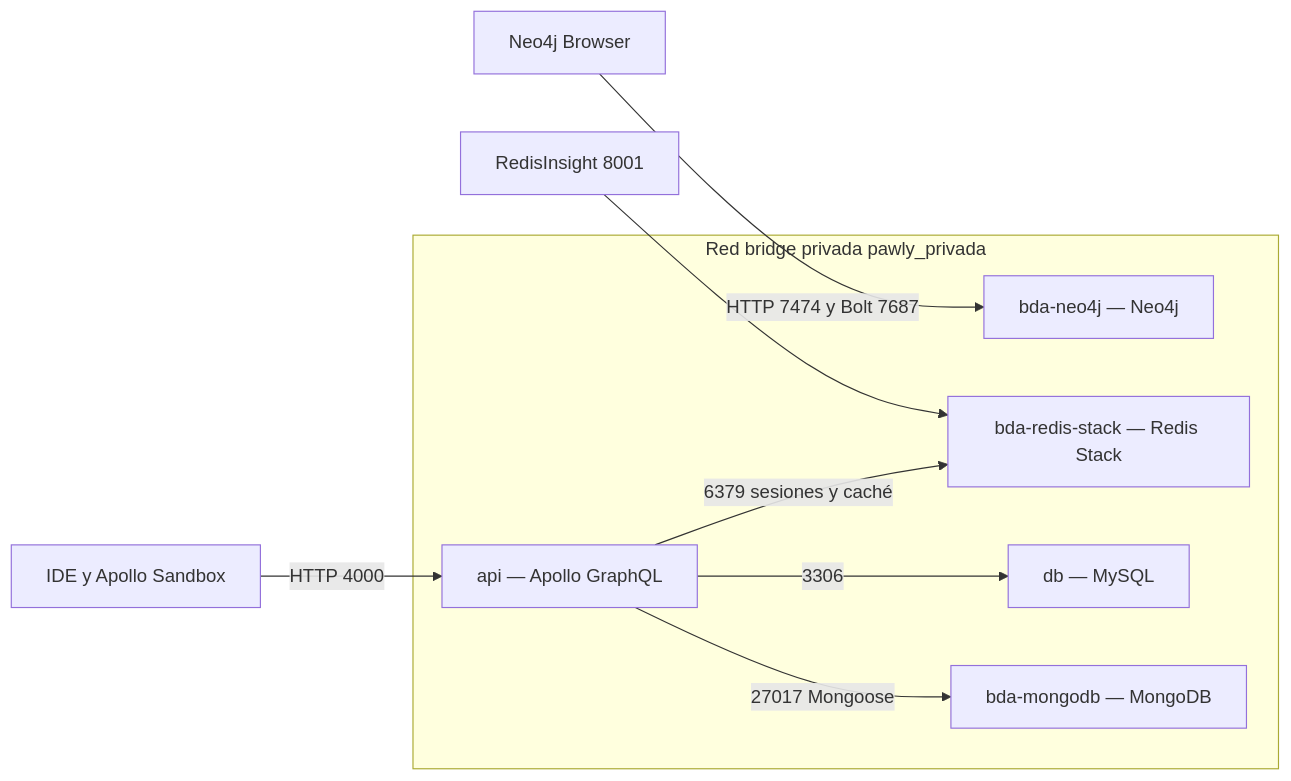
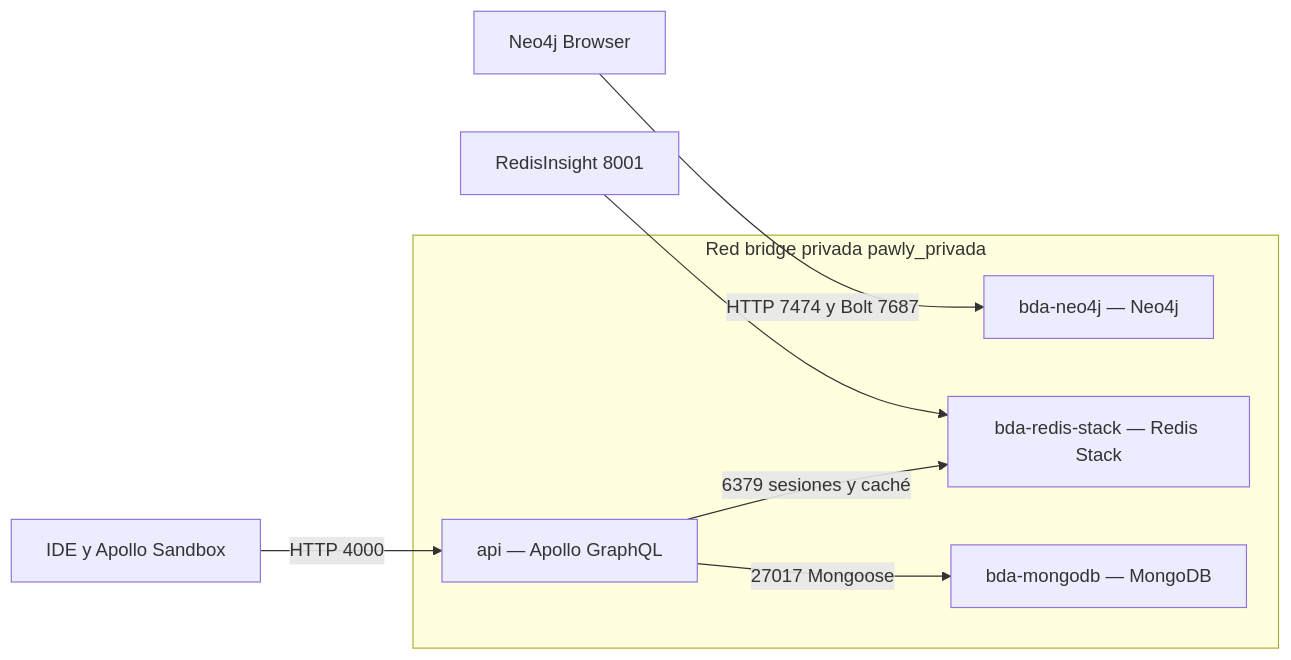
Before and after one commit to argeljgonzalez/pawlyapp: the first of 3 diagrams in docs/SEGUNDO_PARCIAL.md, drawn with Mermaid. The commit also changed other lines of this file and 31 other files, not shown here.

````diff
--- a/docs/SEGUNDO_PARCIAL.md
+++ b/docs/SEGUNDO_PARCIAL.md
@@ -30,16 +30,14 @@
 ```mermaid
 flowchart LR
     IDE[IDE y Apollo Sandbox] -->|HTTP 4000| API
     Browser[Neo4j Browser] -->|HTTP 7474 y Bolt 7687| NEO
     Insight[RedisInsight 8001] --> REDIS
     subgraph Red[Red bridge privada pawly_privada]
         API[api — Apollo GraphQL]
-        MYSQL[db — MySQL]
         MONGO[bda-mongodb — MongoDB]
         REDIS[bda-redis-stack — Redis Stack]
         NEO[bda-neo4j — Neo4j]
-        API -->|3306| MYSQL
         API -->|27017 Mongoose| MONGO
         API -->|6379 sesiones y caché| REDIS
     end
 ```
````
